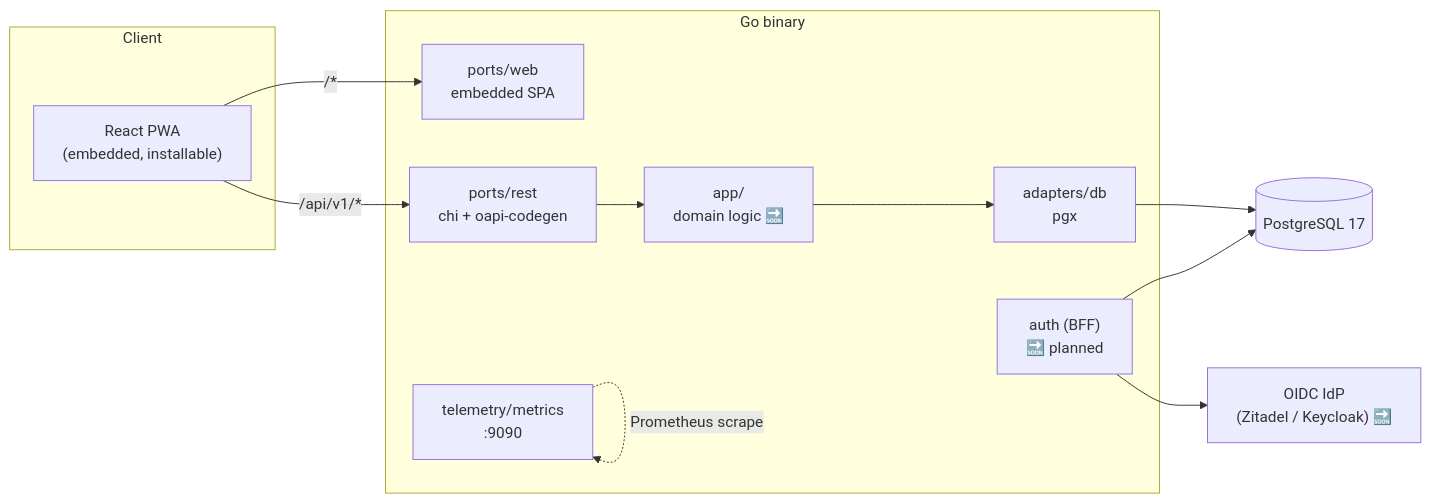
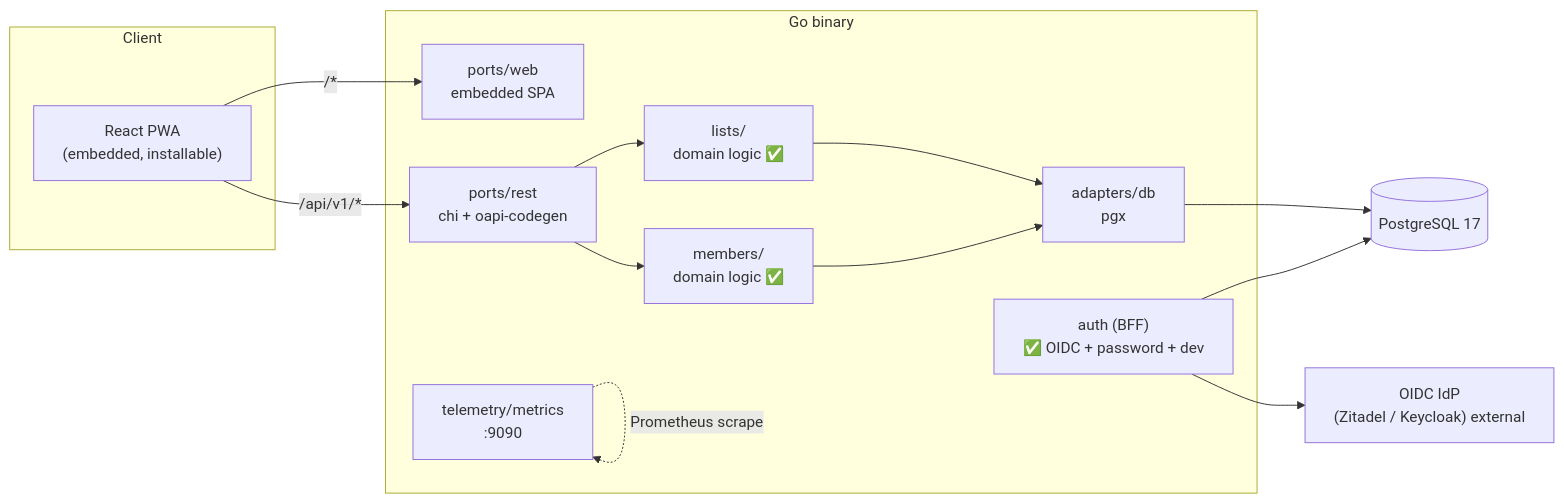
One commit to m4schini/splitkauf changed the first of 4 diagrams in docs/architecture.md. Above: the diagram before and after it, drawn with Mermaid. The commit also changed other lines of this file, not shown here.

First line of the commit message:
chore(research): update architecture.md with real state of planned features

````diff
--- a/docs/architecture.md
+++ b/docs/architecture.md
@@ -23,23 +23,25 @@
 ```mermaid
 flowchart LR
     subgraph Client
         PWA["React PWA<br/>(embedded, installable)"]
     end
     subgraph "Go binary"
         WEB["ports/web<br/>embedded SPA"]
         REST["ports/rest<br/>chi + oapi-codegen"]
-        AUTH["auth (BFF)<br/>🔜 planned"]
-        APP["app/<br/>domain logic 🔜"]
+        AUTH["auth (BFF)<br/>✅ OIDC + password + dev"]
+        LISTS["lists/<br/>domain logic ✅"]
+        MEMBERS["members/<br/>domain logic ✅"]
         DB["adapters/db<br/>pgx"]
         MET["telemetry/metrics<br/>:9090"]
     end
     PG[("PostgreSQL 17")]
-    IDP["OIDC IdP<br/>(Zitadel / Keycloak) 🔜"]
+    IDP["OIDC IdP<br/>(Zitadel / Keycloak) external"]
 
     PWA -->|"/api/v1/*"| REST
     PWA -->|"/*"| WEB
-    REST --> APP --> DB --> PG
+    REST --> LISTS --> DB --> PG
+    REST --> MEMBERS --> DB
     AUTH --> IDP
     AUTH --> PG
     MET -.->|Prometheus scrape| MET
 ```
````
